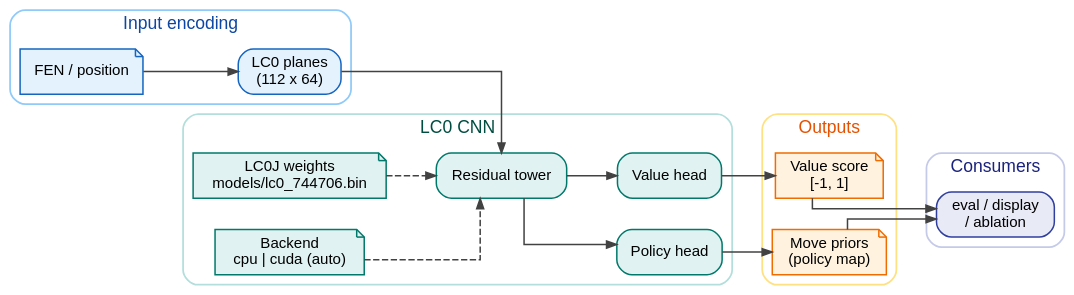
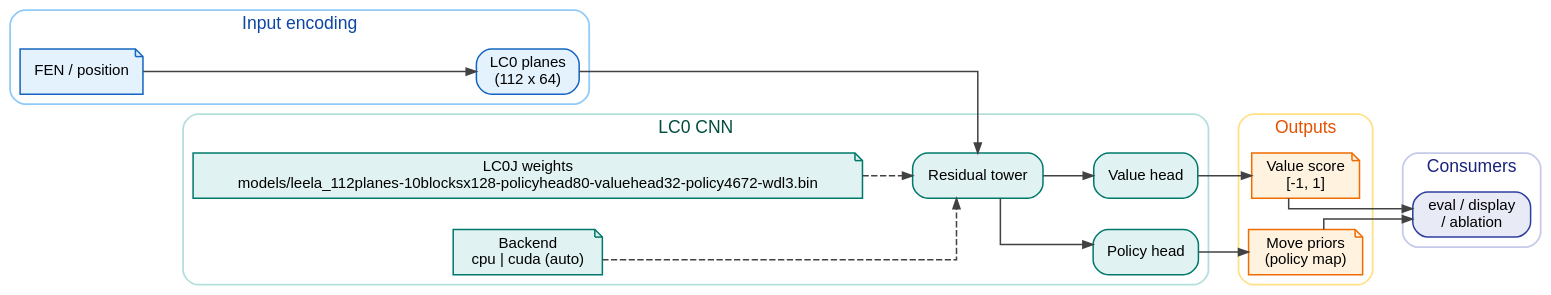
One commit to LenniAConrad/chess-rtk changed the diagram in assets/diagrams/crtk-lc0-cnn.dot. Above: the diagram before and after it, drawn with Graphviz. The commit also changed 207 other files, not shown here.

```diff
--- a/assets/diagrams/crtk-lc0-cnn.dot
+++ b/assets/diagrams/crtk-lc0-cnn.dot
@@ -1,78 +1,78 @@
 digraph crtk_lc0_cnn {
   rankdir=LR;
   bgcolor="transparent";
   splines=ortho;
   pad="0.20";
   nodesep="0.35";
   ranksep="0.55";
 
   graph [fontname="Helvetica", fontsize=14];
   node  [fontname="Helvetica", fontsize=12];
   edge  [fontname="Helvetica", fontsize=10, color="#424242", arrowsize=0.8, penwidth=1.2];
 
   subgraph cluster_input {
     label="Input encoding";
     style="rounded";
     color="#90CAF9";
     fontcolor="#0D47A1";
     penwidth=1.4;
 
     node [shape=note, style="filled", fillcolor="#E3F2FD", color="#1565C0", penwidth=1.2];
     fen [label="FEN / position"];
 
     node [shape=box, style="rounded,filled", fillcolor="#E3F2FD", color="#1565C0", penwidth=1.2];
     planes [label="LC0 planes\n(112 x 64)"];
   }
 
   subgraph cluster_model {
     label="LC0 CNN";
     style="rounded";
     color="#B2DFDB";
     fontcolor="#004D40";
     penwidth=1.4;
 
     node [shape=box, style="rounded,filled", fillcolor="#E0F2F1", color="#00796B", penwidth=1.2];
     cnn [label="Residual tower"];
     policy_head [label="Policy head"];
     value_head [label="Value head"];
 
     node [shape=note, style="filled", fillcolor="#E0F2F1", color="#00796B", penwidth=1.2];
-    weights [label="LC0J weights\nmodels/lc0_744706.bin"];
+    weights [label="LC0J weights\nmodels/leela_112planes-10blocksx128-policyhead80-valuehead32-policy4672-wdl3.bin"];
     backend [label="Backend\ncpu | cuda (auto)"];
   }
 
   subgraph cluster_outputs {
     label="Outputs";
     style="rounded";
     color="#FFE082";
     fontcolor="#E65100";
     penwidth=1.4;
 
     node [shape=note, style="filled", fillcolor="#FFF3E0", color="#EF6C00", penwidth=1.2];
     policy [label="Move priors\n(policy map)"];
     value [label="Value score\n[-1, 1]"];
   }
 
   subgraph cluster_use {
     label="Consumers";
     style="rounded";
     color="#C5CAE9";
     fontcolor="#1A237E";
     penwidth=1.4;
 
     node [shape=box, style="rounded,filled", fillcolor="#E8EAF6", color="#303F9F", penwidth=1.2];
     consumers [label="eval / display\n/ ablation"];
   }
 
   fen -> planes;
   planes -> cnn;
   cnn -> policy_head;
   cnn -> value_head;
   policy_head -> policy;
   value_head -> value;
   policy -> consumers;
   value -> consumers;
 
   weights -> cnn [style=dashed];
   backend -> cnn [style=dashed];
 }
```
